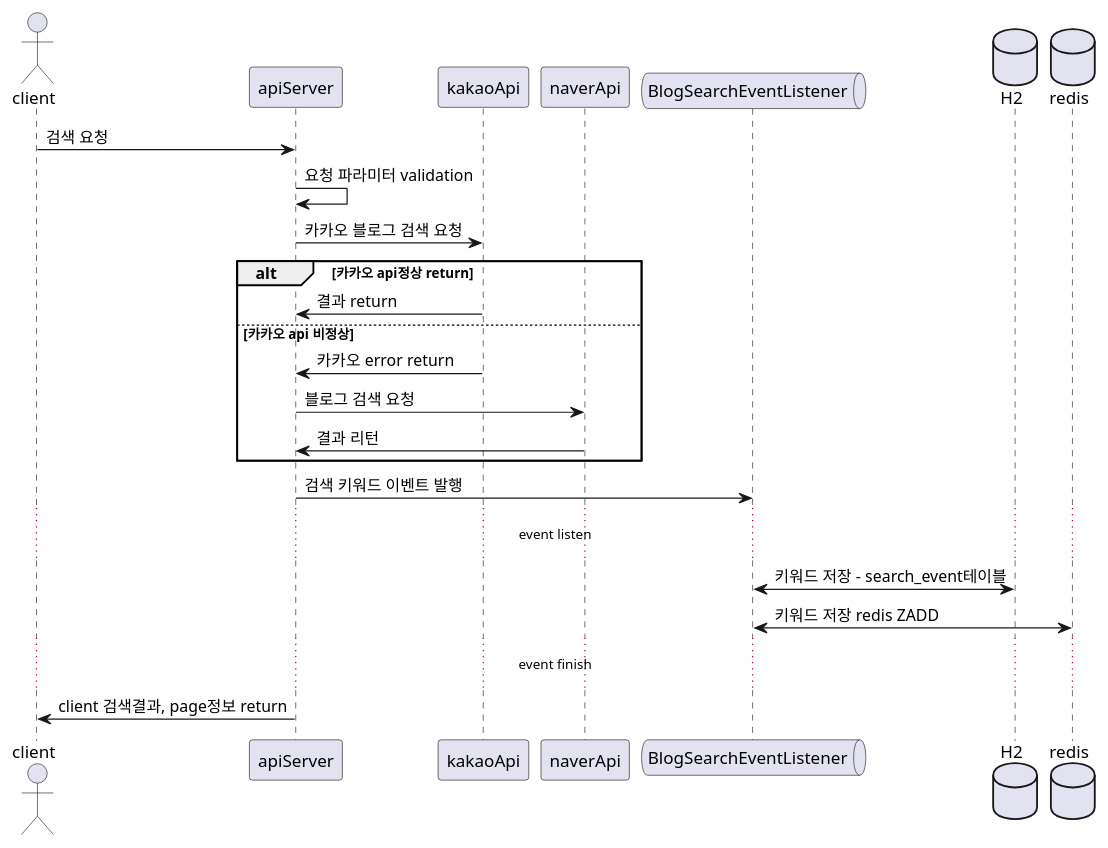
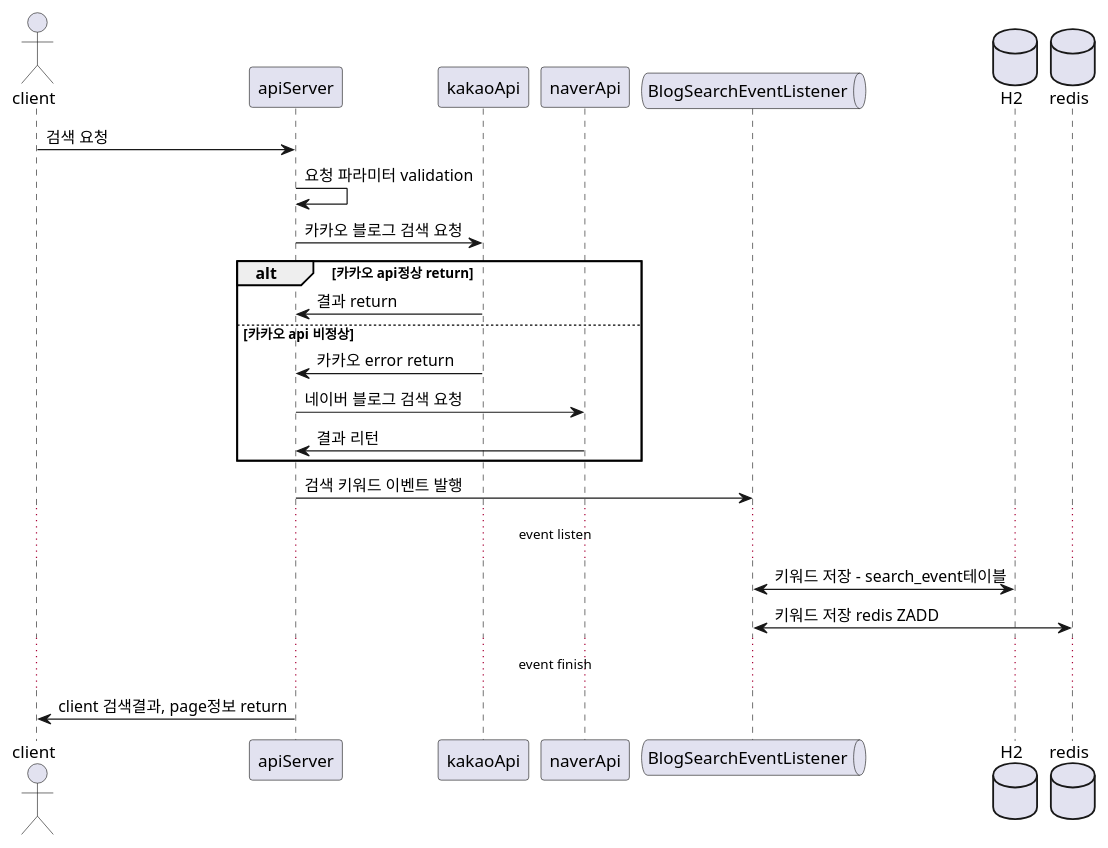
One commit to greenpkj/greenpkj changed the diagram in blogSearch.wsd. Above: the diagram before and after it, drawn with PlantUML. The commit also changed 1 other file, not shown here.

Commit message:
fix 다이어그램

```diff
--- a/blogSearch.wsd
+++ b/blogSearch.wsd
@@ -1,34 +1,34 @@
 @startuml
 
 actor client
 participant apiServer
 participant kakaoApi
 participant naverApi
 queue BlogSearchEventListener
 database H2
 database redis
 
 client -> apiServer: 검색 요청
 
 apiServer -> apiServer : 요청 파라미터 validation
 
 apiServer -> kakaoApi : 카카오 블로그 검색 요청
 
 alt 카카오 api정상 return
     kakaoApi -> apiServer: 결과 return
 
 else 카카오 api 비정상
     kakaoApi -> apiServer : 카카오 error return
-    apiServer -> naverApi: 블로그 검색 요청
+    apiServer -> naverApi: 네이버 블로그 검색 요청
     naverApi -> apiServer: 결과 리턴
 end
 
 apiServer -> BlogSearchEventListener: 검색 키워드 이벤트 발행
 
 ... event listen ...
 BlogSearchEventListener <-> H2 : 키워드 저장 - search_event테이블
 BlogSearchEventListener <-> redis : 키워드 저장 redis ZADD
 ... event finish ...
 
 apiServer -> client : client 검색결과, page정보 return
 @enduml
```
